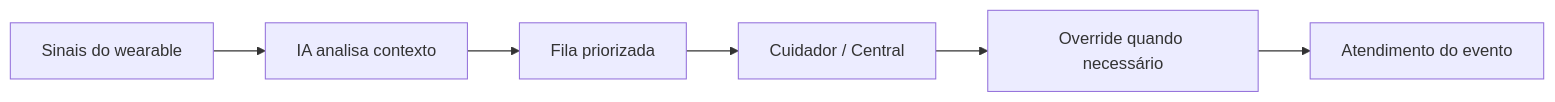
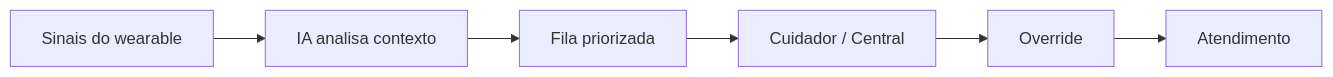
The fifth of 17 diagrams in portfolio.md (sanfergio/at-ux-infnet), drawn with Mermaid before and after one commit. The commit also changed other lines of this file, not shown here.

````diff
--- a/portfolio.md
+++ b/portfolio.md
@@ -183,8 +214,15 @@
 ```mermaid
 flowchart LR
-    A["Sinais do wearable"] --> B["IA analisa contexto"]
-    B --> C["Fila priorizada"]
-    C --> D["Cuidador / Central"]
-    D --> E["Override quando necessário"]
-    E --> F["Atendimento do evento"]
+    A["Sinais do wearable"]
+    B["IA analisa contexto"]
+    C["Fila priorizada"]
+    D["Cuidador / Central"]
+    E["Override"]
+    F["Atendimento"]
+
+    A --> B
+    B --> C
+    C --> D
+    D --> E
+    E --> F
 ```
````
